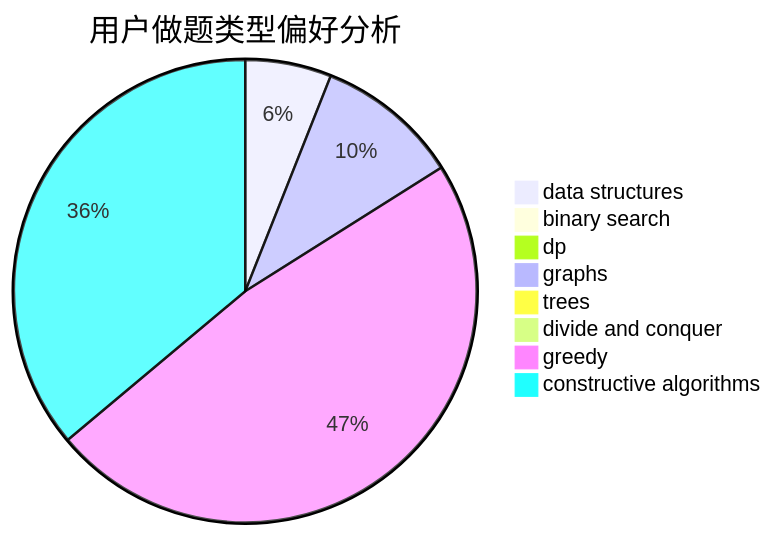
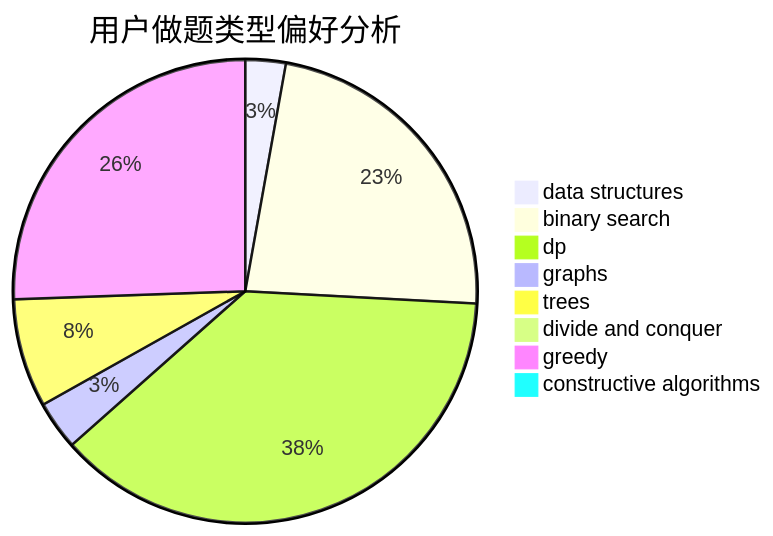
One commit to sherpahu/cfrs.github.io changed the second of 3 diagrams in docs/user/u1427.md. Above: the diagram before and after it, drawn with Mermaid. The commit also changed other lines of this file and 2770 other files, not shown here.

````diff
--- a/docs/user/u1427.md
+++ b/docs/user/u1427.md
@@ -23,11 +23,11 @@
 ```mermaid
 pie title 用户做题类型偏好分析
-    "data structures" :  90
-    "binary search" :  5
-    "dp" :  11
-    "graphs" :  150
-    "trees" :  3
-    "divide and conquer" :  0
-    "greedy" :  716
-    "constructive algorithms" :  540
+    "data structures" :  29
+    "binary search" :  237
+    "dp" :  387
+    "graphs" :  35
+    "trees" :  78
+    "divide and conquer" :  1
+    "greedy" :  263
+    "constructive algorithms" :  1
 ```
````
